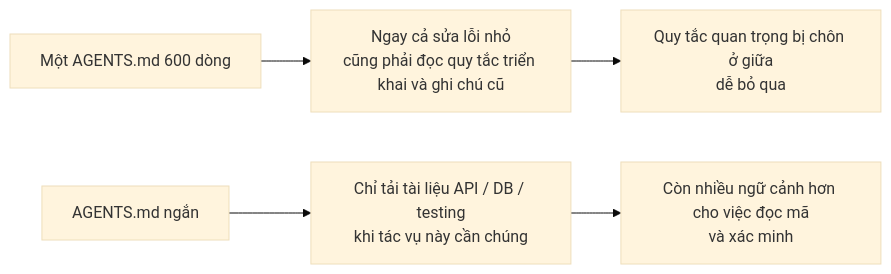
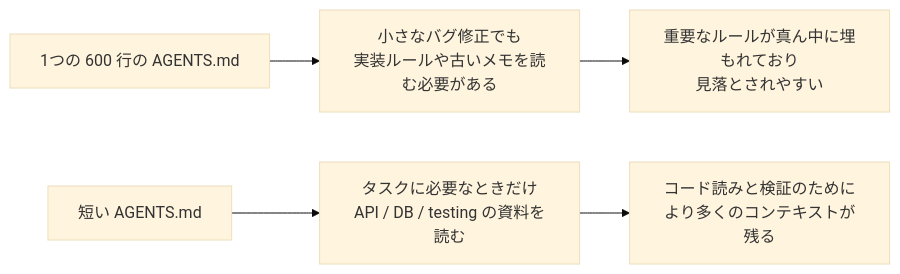
The first of 2 diagrams in docs/vi/lectures/lecture-04-why-one-giant-instruction-file-fails/index.md (mkusaka/learn-harness-engineering), drawn with Mermaid (base theme) before and after one commit. The commit also changed other lines of this file and 571 other files, not shown here.

````diff
--- a/docs/vi/lectures/lecture-04-why-one-giant-instruction-file-fails/index.md
+++ b/docs/vi/lectures/lecture-04-why-one-giant-instruction-file-fails/index.md
@@ -39,8 +39,8 @@
 ```mermaid
 flowchart LR
-    Mono["Một AGENTS.md 600 dòng"] --> MonoLoad["Ngay cả sửa lỗi nhỏ<br/>cũng phải đọc quy tắc triển khai và ghi chú cũ"]
-    MonoLoad --> MonoRisk["Quy tắc quan trọng bị chôn ở giữa<br/>dễ bỏ qua"]
+    Mono["1つの 600 行の AGENTS.md"] --> MonoLoad["小さなバグ修正でも<br/>実装ルールや古いメモを読む必要がある"]
+    MonoLoad --> MonoRisk["重要なルールが真ん中に埋もれており<br/>見落とされやすい"]
 
-    Router["AGENTS.md ngắn"] --> Topics["Chỉ tải tài liệu API / DB / testing<br/>khi tác vụ này cần chúng"]
-    Topics --> RoutedResult["Còn nhiều ngữ cảnh hơn cho việc đọc mã<br/>và xác minh"]
+    Router["短い AGENTS.md"] --> Topics["タスクに必要なときだけ<br/>API / DB / testing の資料を読む"]
+    Topics --> RoutedResult["コード読みと検証のために<br/>より多くのコンテキストが残る"]
 ```
````
